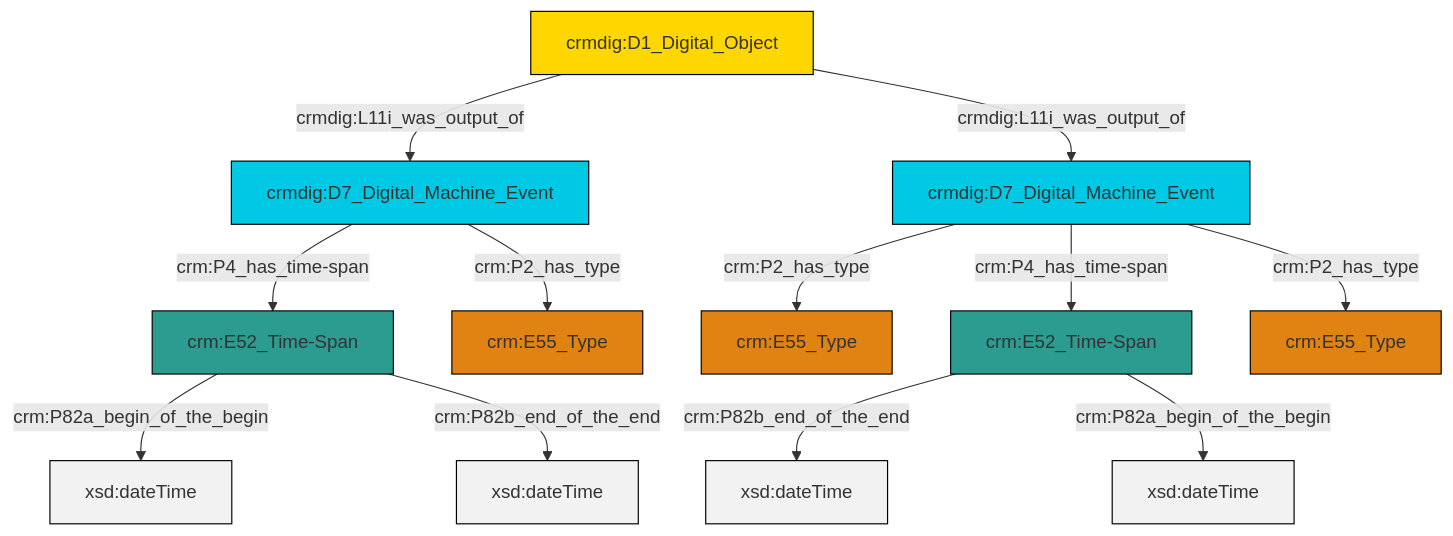
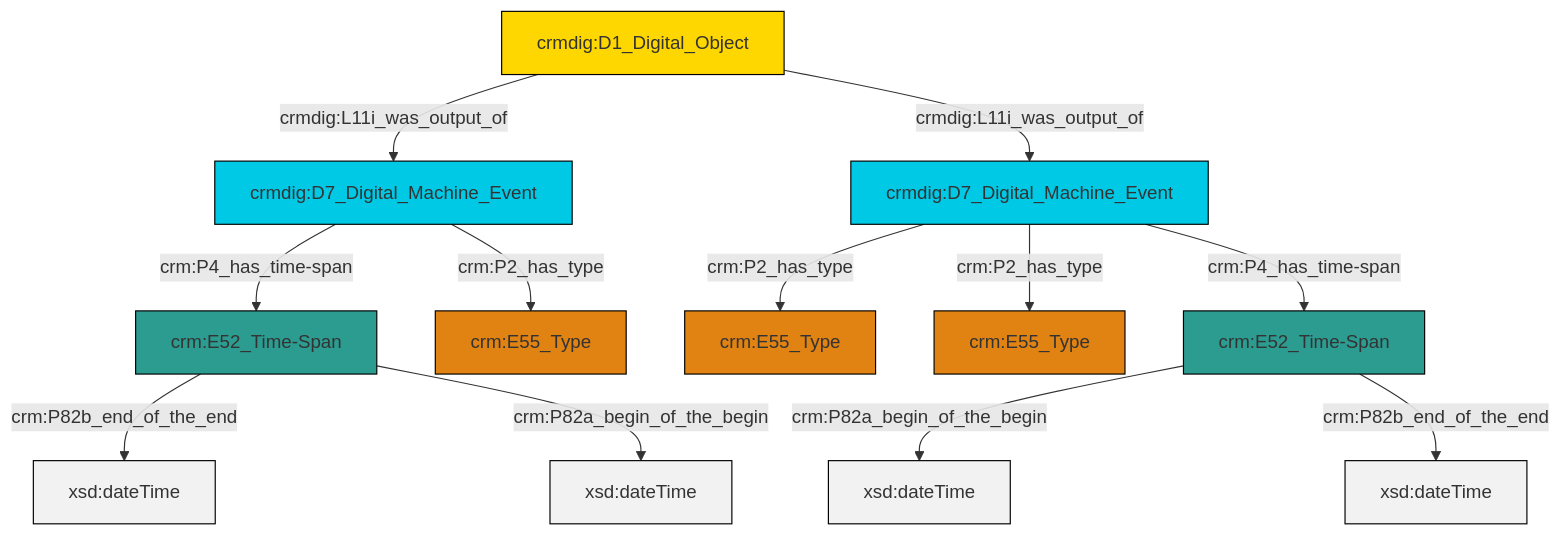
One commit to swiss-art-research-net/docs.swissartresearch changed the diagram in et/doCSV/ttl/mmd/do_existence.ttl.mmd. Above: the diagram before and after it, drawn with Mermaid. The commit also changed 177 other files, not shown here.

```diff
--- a/et/doCSV/ttl/mmd/do_existence.ttl.mmd
+++ b/et/doCSV/ttl/mmd/do_existence.ttl.mmd
@@ -1,26 +1,26 @@
 graph TD
 classDef Literal fill:#f2f2f2,stroke:#000000;
 classDef CRM_Entity fill:#FFFFFF,stroke:#000000;
 classDef Temporal_Entity fill:#00C9E6, stroke:#000000;
 classDef Type fill:#E18312, stroke:#000000;
 classDef Time-Span fill:#2C9C91, stroke:#000000;
 classDef Appellation fill:#FFEB7F, stroke:#000000;
 classDef Place fill:#008836, stroke:#000000;
 classDef Persistent_Item fill:#B266B2, stroke:#000000;
 classDef Conceptual_Object fill:#FFD700, stroke:#000000;
 classDef Physical_Thing fill:#D2B48C, stroke:#000000;
 classDef Actor fill:#f58aad, stroke:#000000;
 classDef PC_Classes fill:#4ce600, stroke:#000000;
 classDef Multi fill:#cccccc,stroke:#000000;
 
-0["crmdig:D1_Digital_Object"]:::Conceptual_Object -->|crmdig:L11i_was_output_of| 1["crmdig:D7_Digital_Machine_Event"]:::Temporal_Entity
-2["crm:E52_Time-Span"]:::Time-Span -->|crm:P82a_begin_of_the_begin| 3[xsd:dateTime]:::Literal
-2["crm:E52_Time-Span"]:::Time-Span -->|crm:P82b_end_of_the_end| 8[xsd:dateTime]:::Literal
-0["crmdig:D1_Digital_Object"]:::Conceptual_Object -->|crmdig:L11i_was_output_of| 6["crmdig:D7_Digital_Machine_Event"]:::Temporal_Entity
-6["crmdig:D7_Digital_Machine_Event"]:::Temporal_Entity -->|crm:P2_has_type| 11["crm:E55_Type"]:::Type
-6["crmdig:D7_Digital_Machine_Event"]:::Temporal_Entity -->|crm:P4_has_time-span| 13["crm:E52_Time-Span"]:::Time-Span
-13["crm:E52_Time-Span"]:::Time-Span -->|crm:P82b_end_of_the_end| 14[xsd:dateTime]:::Literal
-6["crmdig:D7_Digital_Machine_Event"]:::Temporal_Entity -->|crm:P2_has_type| 16["crm:E55_Type"]:::Type
-1["crmdig:D7_Digital_Machine_Event"]:::Temporal_Entity -->|crm:P2_has_type| 4["crm:E55_Type"]:::Type
-13["crm:E52_Time-Span"]:::Time-Span -->|crm:P82a_begin_of_the_begin| 19[xsd:dateTime]:::Literal
-1["crmdig:D7_Digital_Machine_Event"]:::Temporal_Entity -->|crm:P4_has_time-span| 2["crm:E52_Time-Span"]:::Time-Span
+2["crm:E52_Time-Span"]:::Time-Span -->|crm:P82b_end_of_the_end| 3[xsd:dateTime]:::Literal
+4["crmdig:D1_Digital_Object"]:::Conceptual_Object -->|crmdig:L11i_was_output_of| 5["crmdig:D7_Digital_Machine_Event"]:::Temporal_Entity
+2["crm:E52_Time-Span"]:::Time-Span -->|crm:P82a_begin_of_the_begin| 6[xsd:dateTime]:::Literal
+7["crm:E52_Time-Span"]:::Time-Span -->|crm:P82a_begin_of_the_begin| 8[xsd:dateTime]:::Literal
+7["crm:E52_Time-Span"]:::Time-Span -->|crm:P82b_end_of_the_end| 9[xsd:dateTime]:::Literal
+5["crmdig:D7_Digital_Machine_Event"]:::Temporal_Entity -->|crm:P4_has_time-span| 2["crm:E52_Time-Span"]:::Time-Span
+10["crmdig:D7_Digital_Machine_Event"]:::Temporal_Entity -->|crm:P2_has_type| 13["crm:E55_Type"]:::Type
+5["crmdig:D7_Digital_Machine_Event"]:::Temporal_Entity -->|crm:P2_has_type| 14["crm:E55_Type"]:::Type
+10["crmdig:D7_Digital_Machine_Event"]:::Temporal_Entity -->|crm:P2_has_type| 0["crm:E55_Type"]:::Type
+4["crmdig:D1_Digital_Object"]:::Conceptual_Object -->|crmdig:L11i_was_output_of| 10["crmdig:D7_Digital_Machine_Event"]:::Temporal_Entity
+10["crmdig:D7_Digital_Machine_Event"]:::Temporal_Entity -->|crm:P4_has_time-span| 7["crm:E52_Time-Span"]:::Time-Span
```
